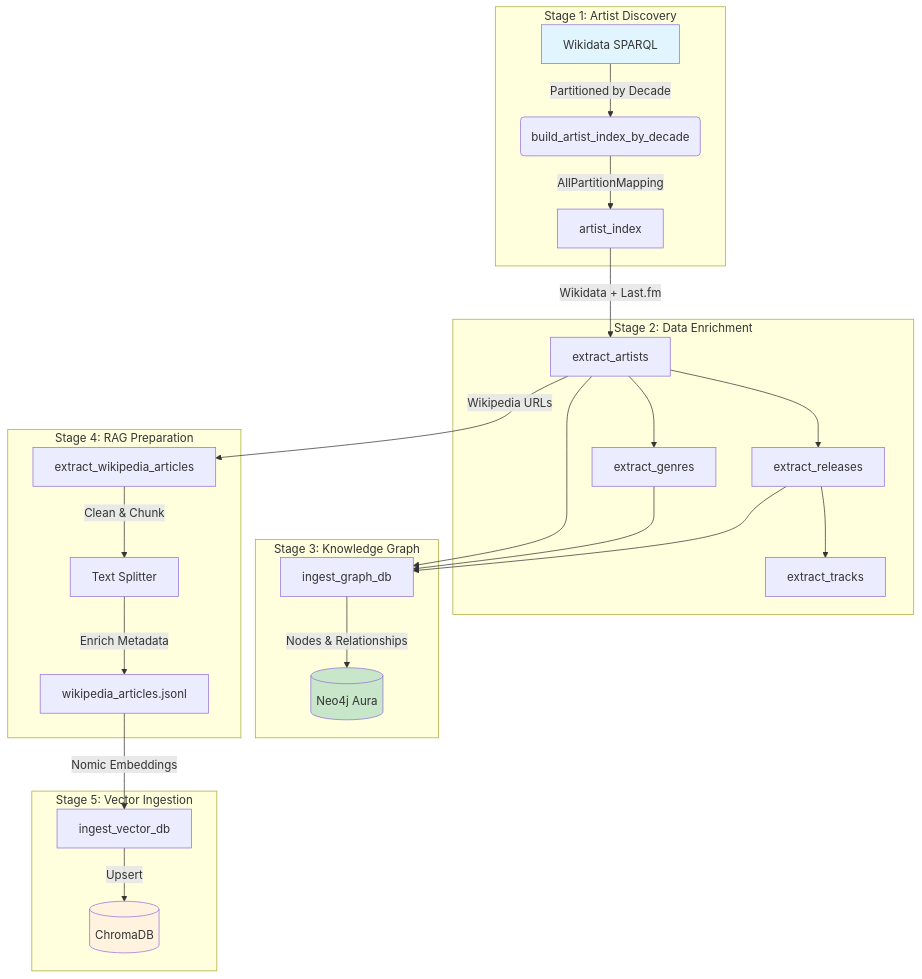
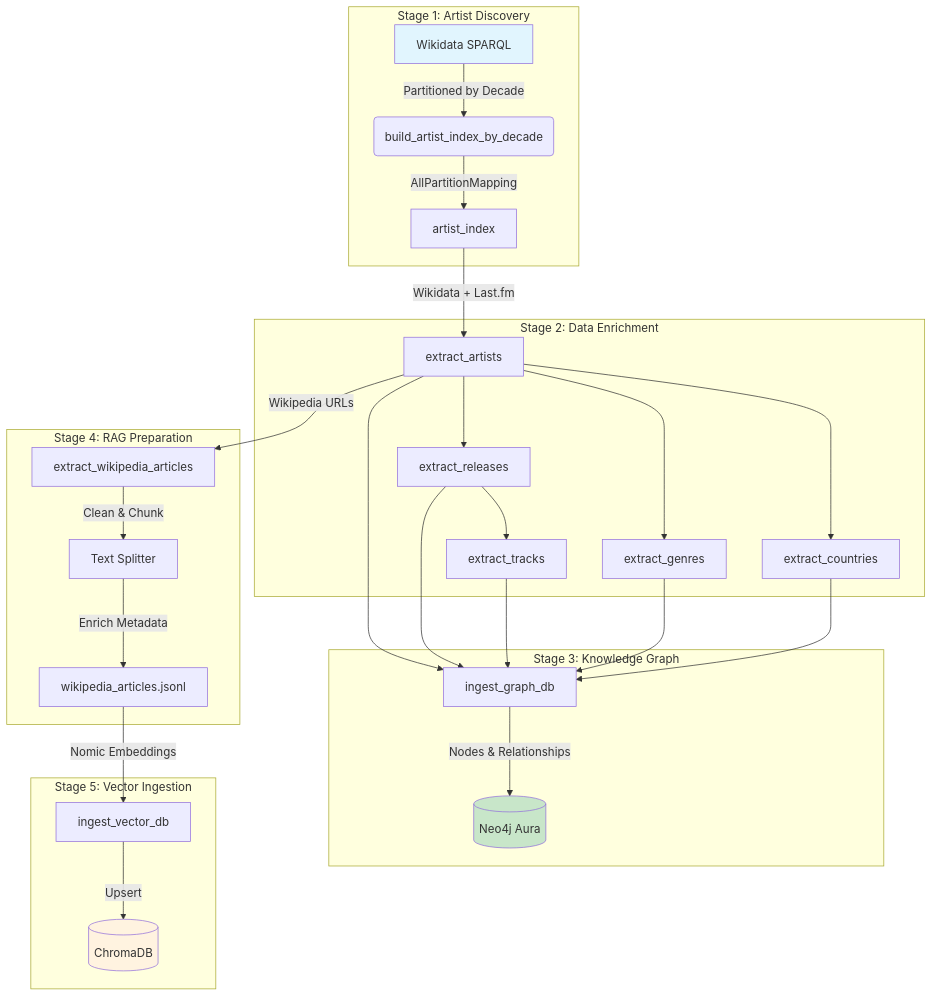
The first of 2 diagrams in README.md (pacoreyes/GraphRagPart1DataPipeline), drawn with Mermaid before and after one commit. The commit also changed other lines of this file, not shown here.

````diff
--- a/README.md
+++ b/README.md
@@ -225,34 +230,35 @@
 ```mermaid
 graph TD
     subgraph "Stage 1: Artist Discovery"
         A[Wikidata SPARQL] -->|Partitioned by Decade| B(build_artist_index_by_decade)
         B -->|AllPartitionMapping| C[artist_index]
     end
 
     subgraph "Stage 2: Data Enrichment"
         C -->|Wikidata + Last.fm| D[extract_artists]
         D --> E[extract_releases]
         E --> F[extract_tracks]
         D --> G[extract_genres]
+        D --> H[extract_countries]
     end
 
     subgraph "Stage 3: Knowledge Graph"
-        D & E & G --> H[ingest_graph_db]
-        H -->|Nodes & Relationships| I[(Neo4j Aura)]
+        D & E & F & G & H --> I[ingest_graph_db]
+        I -->|Nodes & Relationships| J[(Neo4j Aura)]
     end
 
     subgraph "Stage 4: RAG Preparation"
-        D -->|Wikipedia URLs| J[extract_wikipedia_articles]
-        J -->|Clean & Chunk| K[Text Splitter]
-        K -->|Enrich Metadata| L[wikipedia_articles.jsonl]
+        D -->|Wikipedia URLs| K[extract_wikipedia_articles]
+        K -->|Clean & Chunk| L[Text Splitter]
+        L -->|Enrich Metadata| M[wikipedia_articles.jsonl]
     end
 
     subgraph "Stage 5: Vector Ingestion"
-        L -->|Nomic Embeddings| M[ingest_vector_db]
-        M -->|Upsert| N[(ChromaDB)]
+        M -->|Nomic Embeddings| N[ingest_vector_db]
+        N -->|Upsert| O[(ChromaDB)]
     end
 
     style A fill:#e1f5fe
-    style I fill:#c8e6c9
-    style N fill:#fff3e0
+    style J fill:#c8e6c9
+    style O fill:#fff3e0
 ```
````
